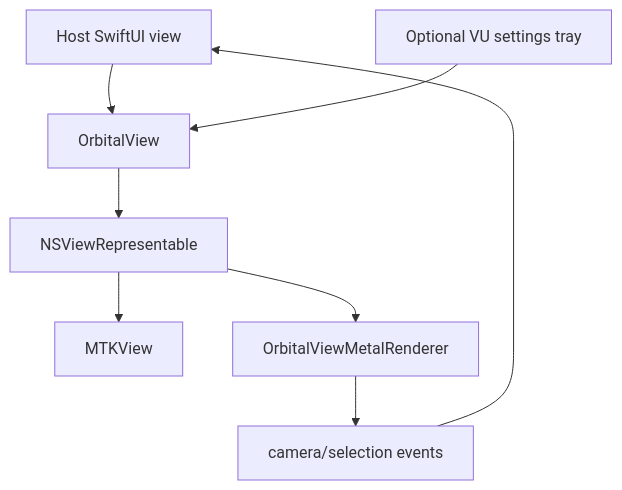
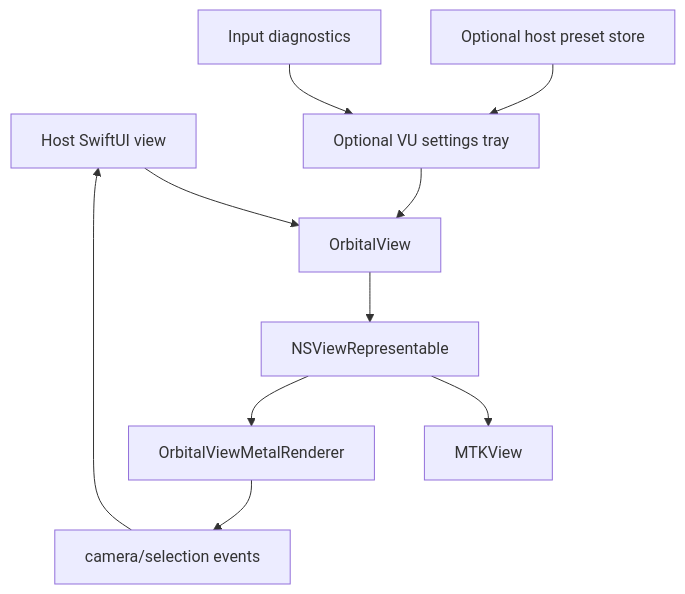
Before and after one commit to jebagu/orbital-view: diagram 11 of 15 in docs/system-flows.md, drawn with Mermaid. The commit also changed other lines of this file and 37 other files, not shown here.

````diff
--- a/docs/system-flows.md
+++ b/docs/system-flows.md
@@ -110,10 +166,12 @@
 ```mermaid
 flowchart TD
   HostView["Host SwiftUI view"] --> OrbitalView["OrbitalView"]
   Tray["Optional VU settings tray"] --> OrbitalView
+  Presets["Optional host preset store"] --> Tray
+  Diagnostics["Input diagnostics"] --> Tray
   OrbitalView --> Bridge["NSViewRepresentable"]
   Bridge --> MTKView["MTKView"]
   Bridge --> Renderer["OrbitalViewMetalRenderer"]
   Renderer --> Events["camera/selection events"]
   Events --> HostView
 ```
````
